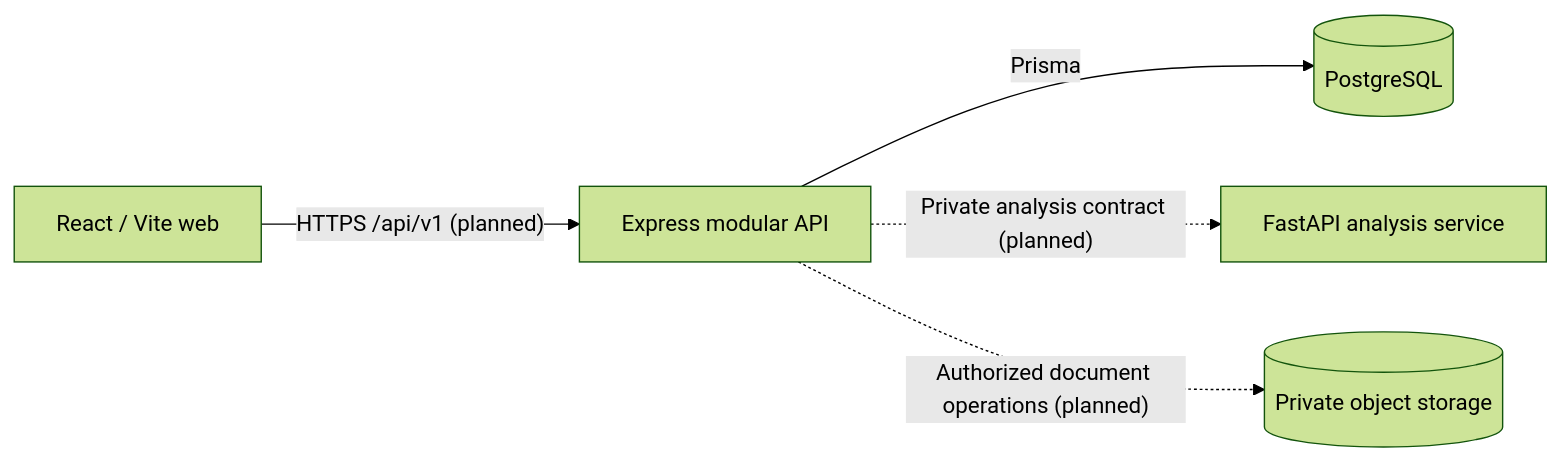
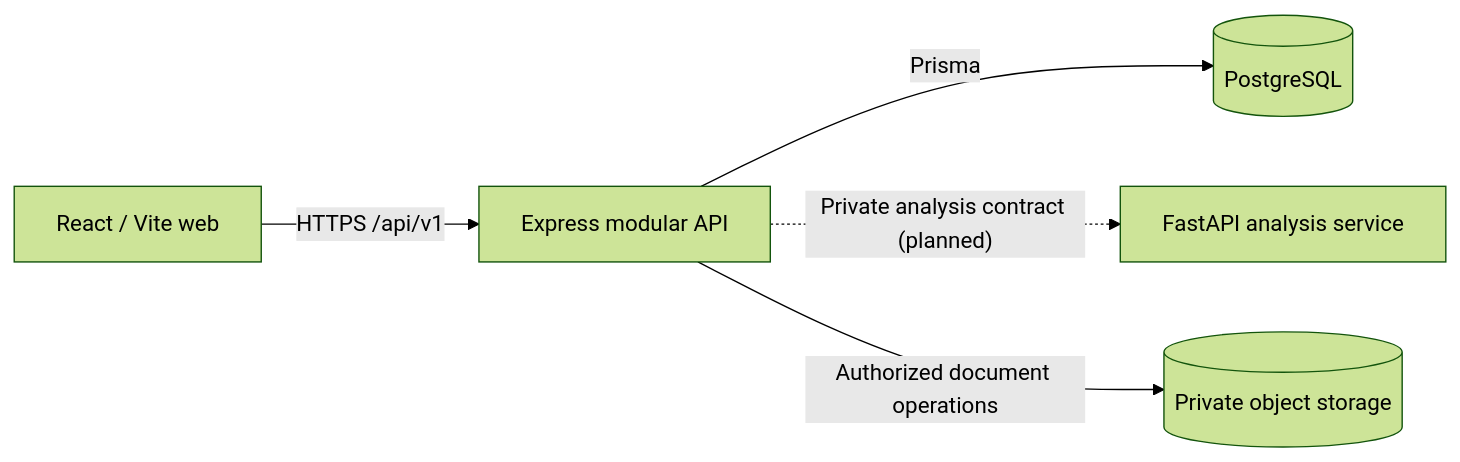
The diagram in docs/ARCHITECTURE.md (gouravbembi/CampusAI), drawn with Mermaid (forest theme) before and after one commit. The commit also changed other lines of this file and 53 other files, not shown here.

````diff
--- a/docs/ARCHITECTURE.md
+++ b/docs/ARCHITECTURE.md
@@ -5,7 +5,7 @@
 ```mermaid
 flowchart LR
-    Browser["React / Vite web"] -->|"HTTPS /api/v1 (planned)"| API["Express modular API"]
+    Browser["React / Vite web"] -->|"HTTPS /api/v1"| API["Express modular API"]
     API -->|"Prisma"| DB[(PostgreSQL)]
     API -. "Private analysis contract (planned)" .-> AI["FastAPI analysis service"]
-    API -. "Authorized document operations (planned)" .-> Store[(Private object storage)]
+    API -->|"Authorized document operations"| Store[(Private object storage)]
 ```
````
